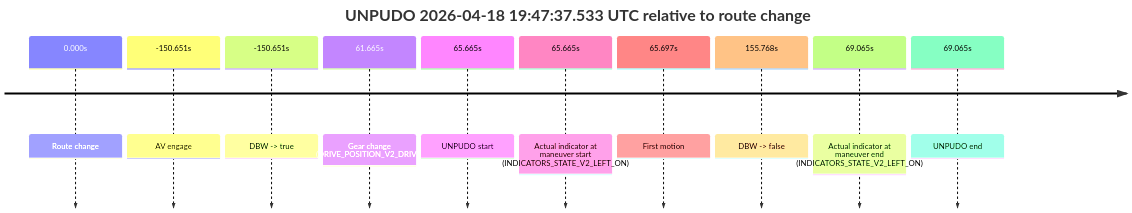
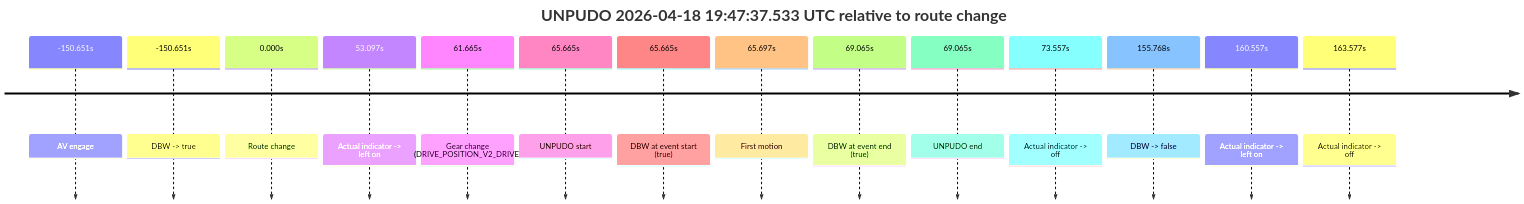
One commit to yoelshapiro/vault changed the third of 3 diagrams in model_analysis/report_cards/2026/04/Week-3/fme20002--2026-04-18--19-15-35--gen2-av-5854f931-35f6-449b-83bc-06f77637cb31.md. Above: the diagram before and after it, drawn with Mermaid. The commit also changed other lines of this file and 32 other files, not shown here.

````diff
--- a/model_analysis/report_cards/2026/04/Week-3/fme20002--2026-04-18--19-15-35--gen2-av-5854f931-35f6-449b-83bc-06f77637cb31.md
+++ b/model_analysis/report_cards/2026/04/Week-3/fme20002--2026-04-18--19-15-35--gen2-av-5854f931-35f6-449b-83bc-06f77637cb31.md
@@ -465,14 +233,18 @@
 ```mermaid
 timeline
     title UNPUDO 2026-04-18 19:47:37.533 UTC relative to route change
-    0.000s : Route change
     -150.651s : AV engage
     -150.651s : DBW -> true
+    0.000s : Route change
+    53.097s : Actual indicator -> left on
     61.665s : Gear change (DRIVE_POSITION_V2_DRIVE)
     65.665s : UNPUDO start
-    65.665s : Actual indicator at maneuver start (INDICATORS_STATE_V2_LEFT_ON)
+    65.665s : DBW at event start (true)
     65.697s : First motion
+    69.065s : DBW at event end (true)
+    69.065s : UNPUDO end
+    73.557s : Actual indicator -> off
     155.768s : DBW -> false
-    69.065s : Actual indicator at maneuver end (INDICATORS_STATE_V2_LEFT_ON)
-    69.065s : UNPUDO end
+    160.557s : Actual indicator -> left on
+    163.577s : Actual indicator -> off
 ```
````
